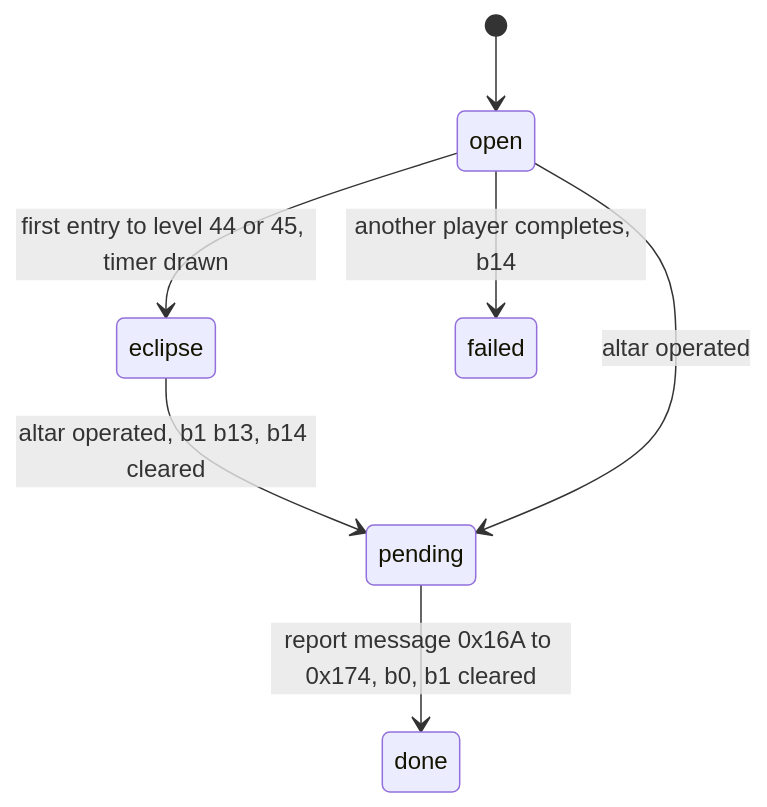
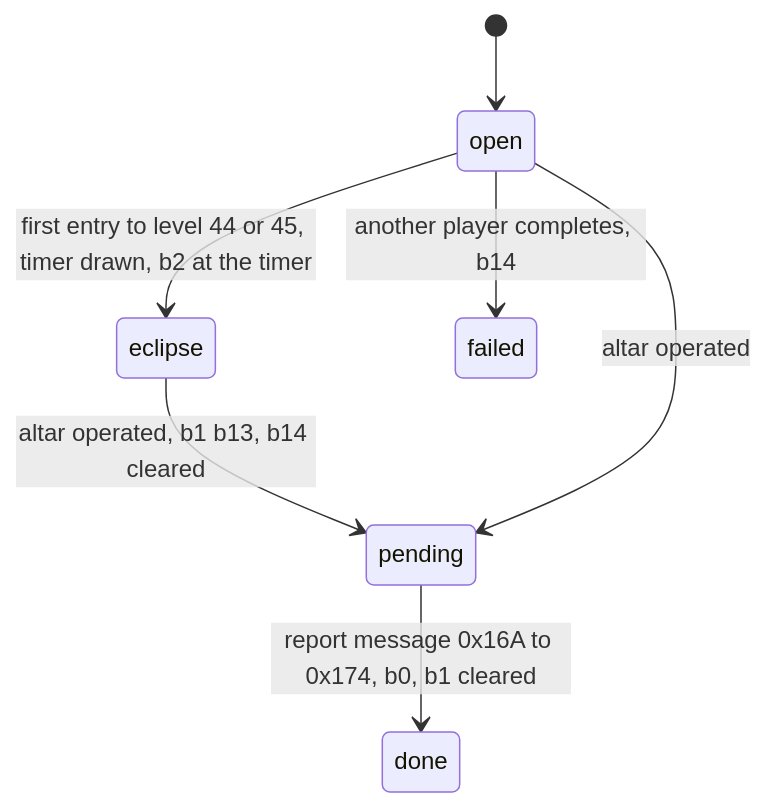
One commit to IgorKonovalov/diablo-2-recompilation changed diagram 17 of 40 in docs/specs/quests/progression.md. Above: the diagram before and after it, drawn with Mermaid. The commit also changed other lines of this file and 10 other files, not shown here.

````diff
--- a/docs/specs/quests/progression.md
+++ b/docs/specs/quests/progression.md
@@ -750,9 +765,9 @@
 ```mermaid
 stateDiagram-v2
   [*] --> open
-  open --> eclipse: first entry to level 44 or 45, timer drawn
+  open --> eclipse: first entry to level 44 or 45, timer drawn, b2 at the timer
   eclipse --> pending: altar operated, b1 b13, b14 cleared
   open --> pending: altar operated
   pending --> done: report message 0x16A to 0x174, b0, b1 cleared
   open --> failed: another player completes, b14
 ```
````
